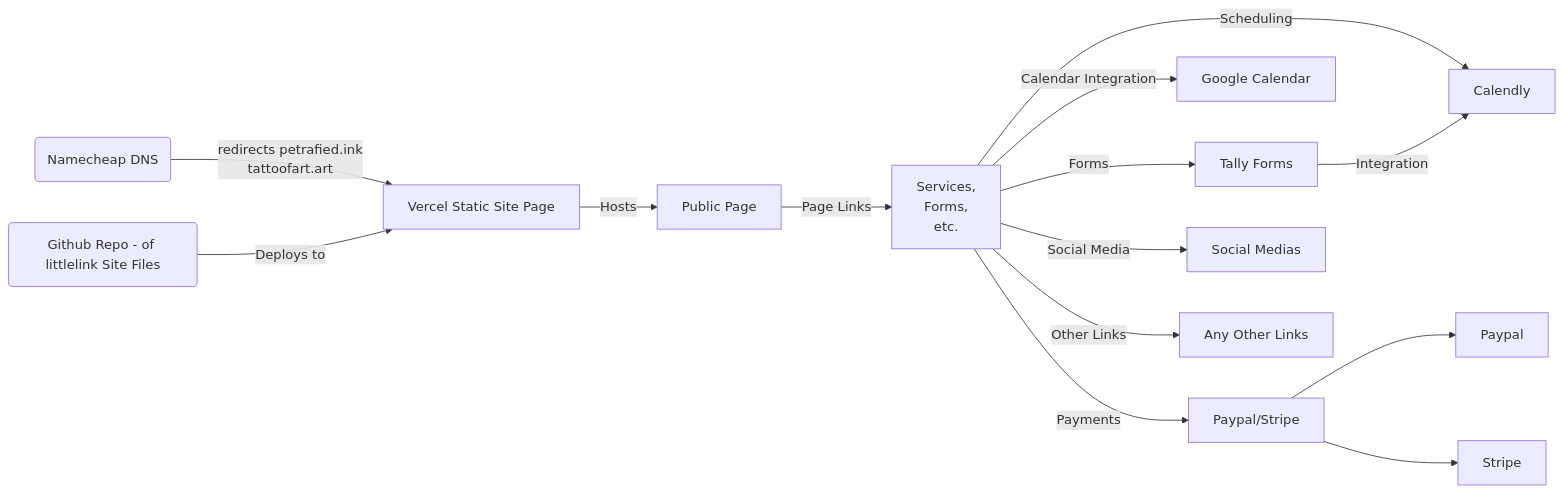
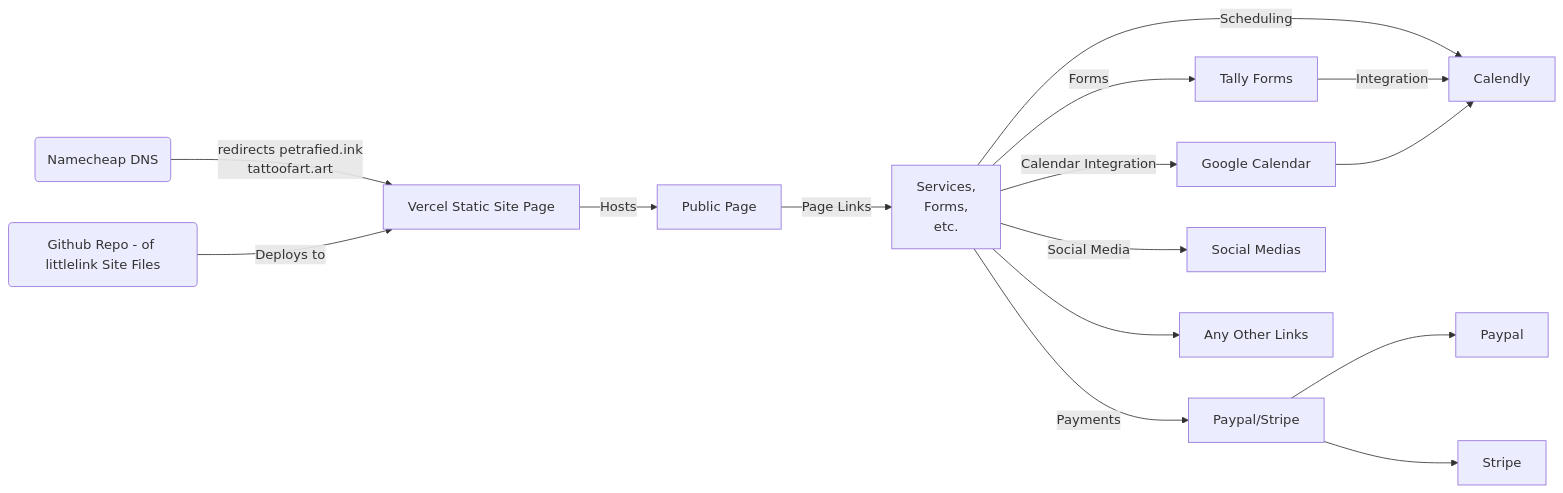
The diagram in README.md (GodSpoon/littlelink), drawn with Mermaid before and after one commit.

````diff
--- a/README.md
+++ b/README.md
@@ -2,17 +2,19 @@
 ```mermaid
 flowchart LR
     DNS(Namecheap DNS) -->|redirects petrafied.ink \n tattoofart.art| Vercel[Vercel Static Site Page]
     Github(Github Repo - of littlelink Site Files) -->|Deploys to| Vercel
     Vercel -->|Hosts| SSP[Public Page]
     SSP -->|Page Links| Services[Services, \n Forms, \n etc.]
+    
     Services -->|Forms| TallyForm[Tally Forms]
     Services -->|Scheduling| Calendly
     Services -->|Calendar Integration| GCalendar[Google Calendar]
     Services -->|Payments| Payment[Paypal/Stripe]
     Services -->|Social Media| SocialMedias[Social Medias]
-    Services -->|Other Links| OtherLinks[Any Other Links]
     TallyForm -->|Integration| Calendly
     Payment --> Paypal
     Payment --> Stripe
+    GCalendar --> Calendly
+    Services -->OtherLinks[Any Other Links]
 
 ```
````
